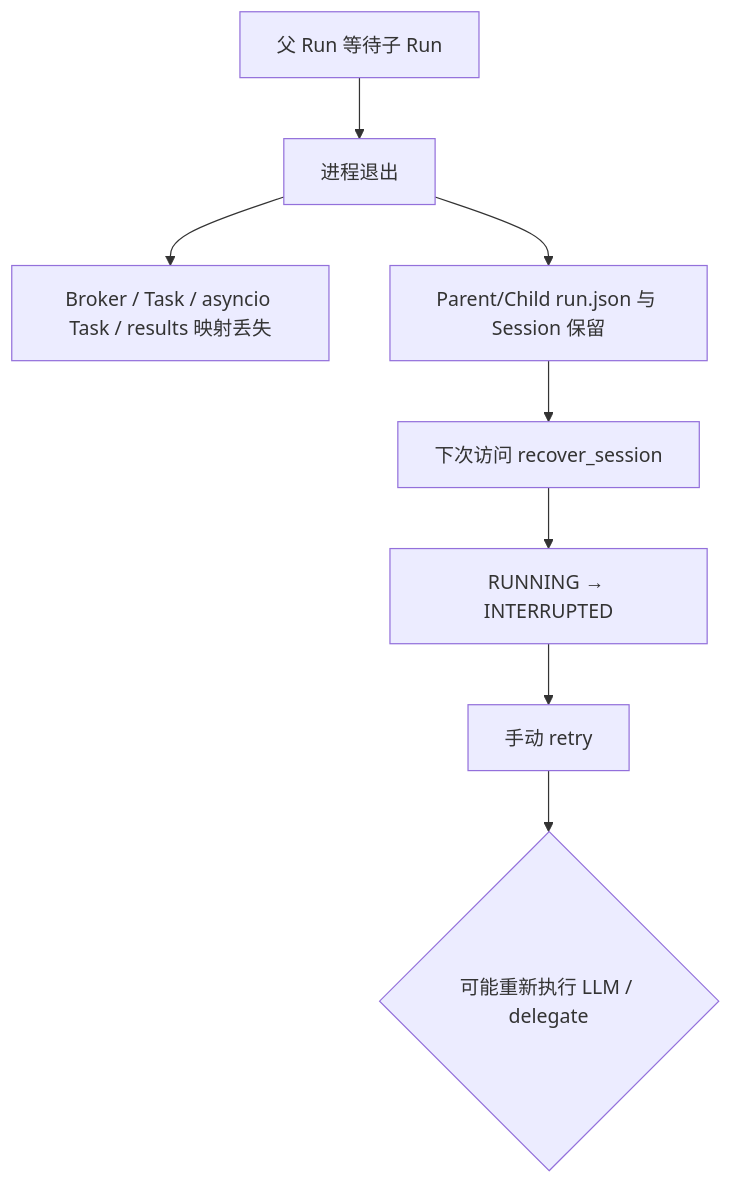
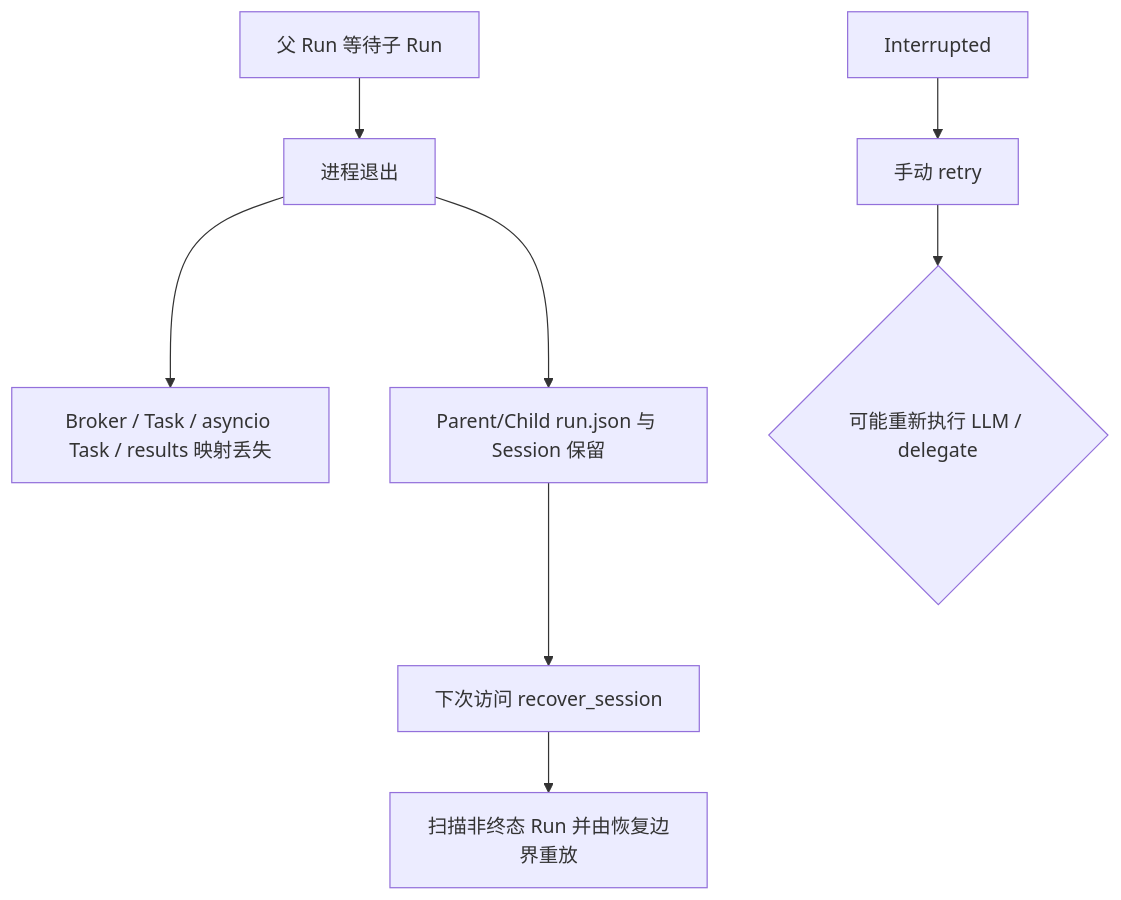
Diagram 21 of 22 in docs/wiki/Orchestration 与 Delegation 模块总体说明.md (aandbcct/dotClaw), drawn with Mermaid before and after one commit. The commit also changed other lines of this file and 12 other files, not shown here.

````diff
--- a/docs/wiki/Orchestration 与 Delegation 模块总体说明.md
+++ b/docs/wiki/Orchestration 与 Delegation 模块总体说明.md
@@ -2008,10 +2009,10 @@
 ```mermaid
 flowchart TD
     Running["父 Run 等待子 Run"] --> Crash["进程退出"]
     Crash --> Lost["Broker / Task / asyncio Task / results 映射丢失"]
     Crash --> Persisted["Parent/Child run.json 与 Session 保留"]
     Persisted --> Recover["下次访问 recover_session"]
-    Recover --> Interrupted["RUNNING → INTERRUPTED"]
+    Recover --> NonEnded["扫描非终态 Run 并由恢复边界重放"]
     Interrupted --> Retry["手动 retry"]
     Retry --> Duplicate{"可能重新执行 LLM / delegate"}
 ```
````
